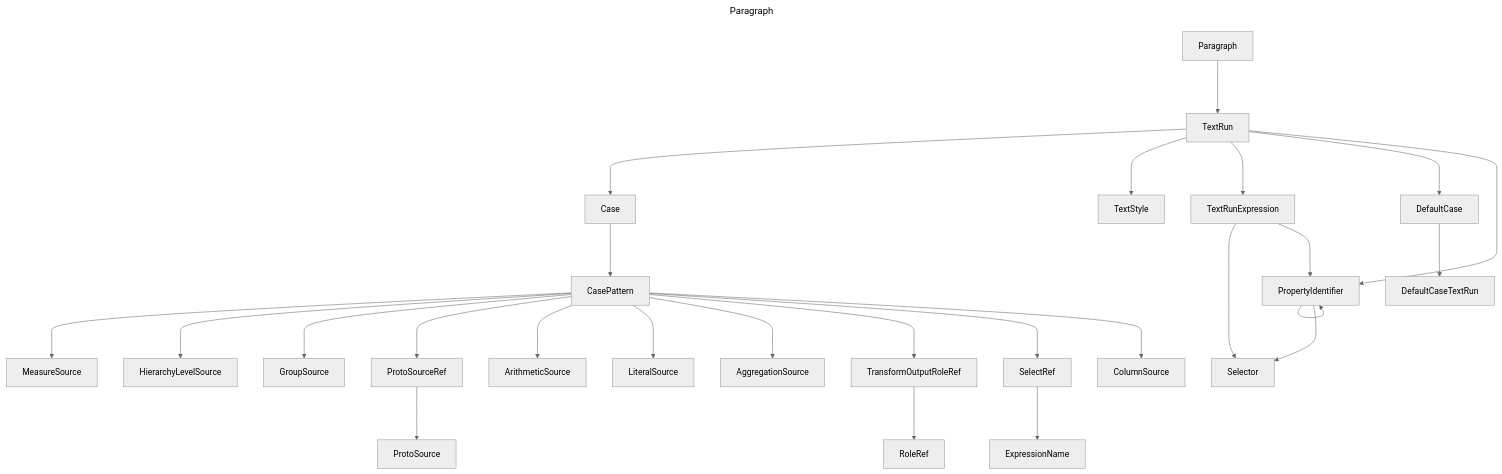
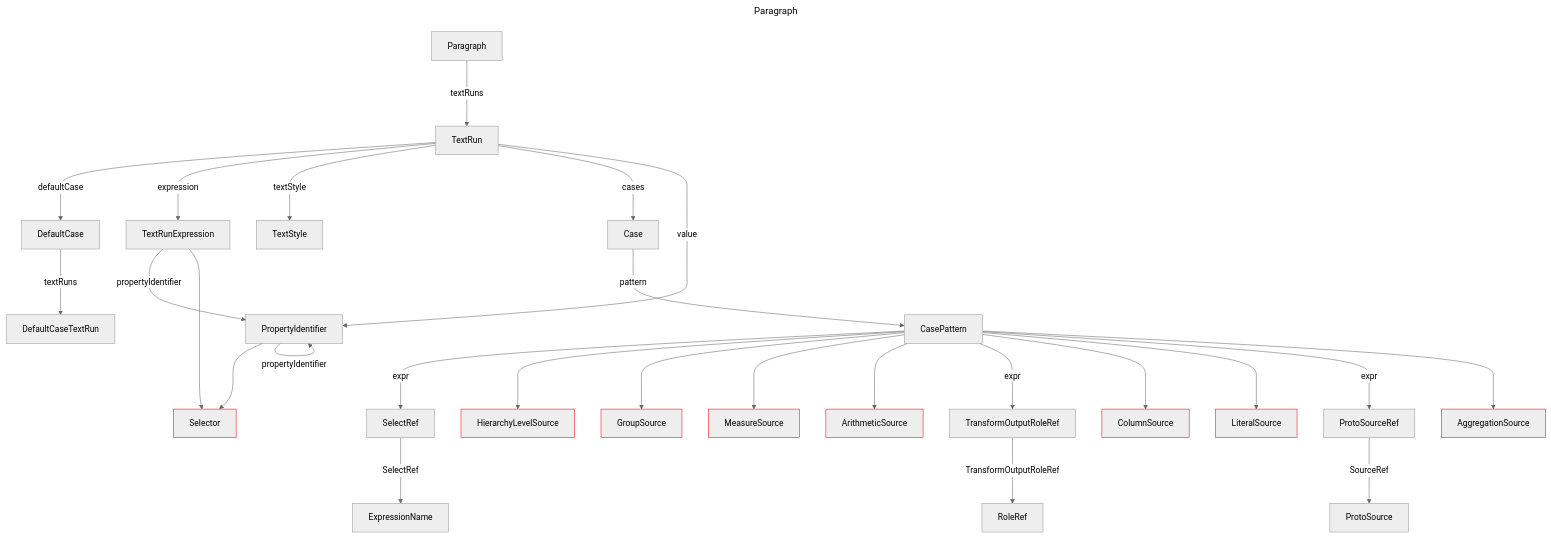
Before and after one commit to douglassimonsen/pbi_core: the diagram in docs/docs/layout/erd/Paragraph.md, drawn with Mermaid (neutral theme). The commit also changed 77 other files, not shown here.

Commit message:
Updated to color code the layout ERD

````diff
--- a/docs/docs/layout/erd/Paragraph.md
+++ b/docs/docs/layout/erd/Paragraph.md
@@ -1,54 +1,62 @@
 ```mermaid
 ---
 title: Paragraph
 ---
 graph 
-2721642009152["MeasureSource"]
-2722076180688["PropertyIdentifier"]
-2722076181664["DefaultCaseTextRun"]
-2721642039408["ProtoSource"]
-2721642022816["LiteralSource"]
-2721642040384["RoleRef"]
-2722076176784["TextRun"]
-2721642012080["HierarchyLevelSource"]
-2722076168976["Selector"]
-2721642014032["ColumnSource"]
-2722076172880["CasePattern"]
-2721642013056["ExpressionName"]
-2721642031600["ArithmeticSource"]
-2721642024768["TransformOutputRoleRef"]
-2721642023792["ProtoSourceRef"]
-2721642035504["GroupSource"]
-2722076178736["TextRunExpression"]
-2722076189472["Paragraph"]
-2722076183616["Case"]
-2722076170928["DefaultCase"]
-2721642003296["AggregationSource"]
-2722076173856["TextStyle"]
-2721642016960["SelectRef"]
-2722076172880 ---> 2721642009152
-2722076172880 ---> 2721642012080
-2722076178736 ---> 2722076168976
-2722076172880 ---> 2721642035504
-2722076176784 ---> 2722076183616
-2722076180688 ---> 2722076180688
-2722076172880 ---> 2721642023792
-2722076172880 ---> 2721642031600
-2721642024768 ---> 2721642040384
-2721642023792 ---> 2721642039408
-2722076172880 ---> 2721642022816
-2721642016960 ---> 2721642013056
-2722076176784 ---> 2722076173856
-2722076176784 ---> 2722076178736
-2722076172880 ---> 2721642003296
-2722076170928 ---> 2722076181664
-2722076176784 ---> 2722076170928
-2722076180688 ---> 2722076168976
-2722076172880 ---> 2721642024768
-2722076172880 ---> 2721642016960
-2722076178736 ---> 2722076180688
-2722076183616 ---> 2722076172880
-2722076172880 ---> 2721642014032
-2722076176784 ---> 2722076180688
-2722076189472 ---> 2722076176784
+2430071756272["TextStyle"]
+2430071820688["RoleRef"]
+2430071814832["TransformOutputRoleRef"]
+2430071366800["ExpressionName"]
+2430071359968["MeasureSource"]
+style 2430071359968 stroke:#ff0000,stroke-width:1px
+2430071758224["CasePattern"]
+2430071768960["TextRun"]
+2430071356064["SelectRef"]
+2430071746512["Case"]
+2430071777744["TextRunExpression"]
+2430071363872["HierarchyLevelSource"]
+style 2430071363872 stroke:#ff0000,stroke-width:1px
+2430071765056["DefaultCaseTextRun"]
+2430071816784["LiteralSource"]
+style 2430071816784 stroke:#ff0000,stroke-width:1px
+2430071358016["AggregationSource"]
+style 2430071358016 stroke:#ff0000,stroke-width:1px
+2430071745536["Selector"]
+style 2430071745536 stroke:#ff0000,stroke-width:1px
+2430071825568["ProtoSourceRef"]
+2430071771888["Paragraph"]
+2430071365824["ColumnSource"]
+style 2430071365824 stroke:#ff0000,stroke-width:1px
+2430071808976["GroupSource"]
+style 2430071808976 stroke:#ff0000,stroke-width:1px
+2430071819712["ProtoSource"]
+2430071767984["DefaultCase"]
+2430071773840["PropertyIdentifier"]
+2430071382416["ArithmeticSource"]
+style 2430071382416 stroke:#ff0000,stroke-width:1px
+2430071777744 --->|propertyIdentifier| 2430071773840
+2430071758224 --->|expr| 2430071356064
+2430071771888 --->|textRuns| 2430071768960
+2430071758224 ---> 2430071363872
+2430071768960 --->|defaultCase| 2430071767984
+2430071767984 --->|textRuns| 2430071765056
+2430071768960 --->|expression| 2430071777744
+2430071777744 ---> 2430071745536
+2430071768960 --->|textStyle| 2430071756272
+2430071758224 ---> 2430071808976
+2430071825568 --->|SourceRef| 2430071819712
+2430071768960 --->|cases| 2430071746512
+2430071814832 --->|TransformOutputRoleRef| 2430071820688
+2430071773840 ---> 2430071745536
+2430071773840 --->|propertyIdentifier| 2430071773840
+2430071356064 --->|SelectRef| 2430071366800
+2430071758224 ---> 2430071359968
+2430071768960 --->|value| 2430071773840
+2430071758224 ---> 2430071382416
+2430071758224 --->|expr| 2430071814832
+2430071758224 ---> 2430071365824
+2430071746512 --->|pattern| 2430071758224
+2430071758224 ---> 2430071816784
+2430071758224 --->|expr| 2430071825568
+2430071758224 ---> 2430071358016
 ```
````
